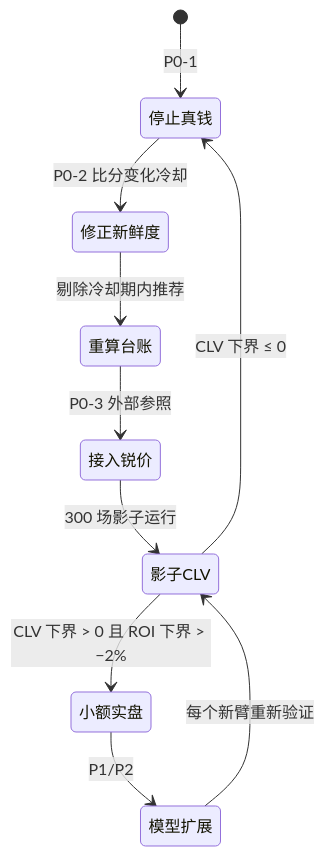
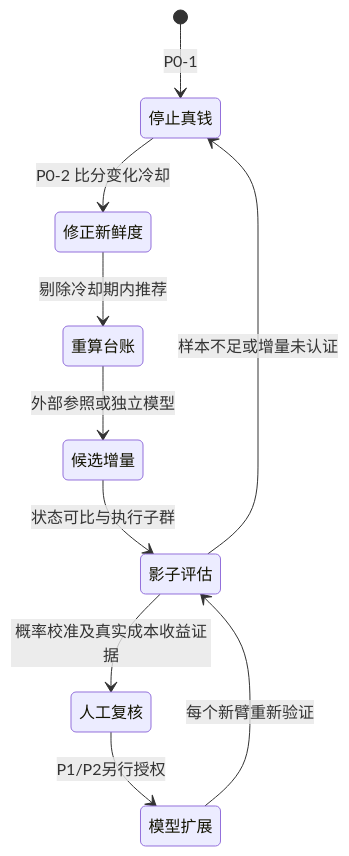
Before and after one commit to 1420970597/ai_football: the second of 2 diagrams in reports/independent-strategy-audit/REPORT.md, drawn with Mermaid. The commit also changed other lines of this file and 9 other files, not shown here.

````diff
--- a/reports/independent-strategy-audit/REPORT.md
+++ b/reports/independent-strategy-audit/REPORT.md
@@ -211,12 +213,12 @@
 ```mermaid
 stateDiagram-v2
     [*] --> 停止真钱: P0-1
     停止真钱 --> 修正新鲜度: P0-2 比分变化冷却
     修正新鲜度 --> 重算台账: 剔除冷却期内推荐
-    重算台账 --> 接入锐价: P0-3 外部参照
-    接入锐价 --> 影子CLV: 300 场影子运行
-    影子CLV --> 停止真钱: CLV 下界 ≤ 0
-    影子CLV --> 小额实盘: CLV 下界 > 0 且 ROI 下界 > −2%
-    小额实盘 --> 模型扩展: P1/P2
-    模型扩展 --> 影子CLV: 每个新臂重新验证
+    重算台账 --> 候选增量: 外部参照或独立模型
+    候选增量 --> 影子评估: 状态可比与执行子群
+    影子评估 --> 停止真钱: 样本不足或增量未认证
+    影子评估 --> 人工复核: 概率校准及真实成本收益证据
+    人工复核 --> 模型扩展: P1/P2另行授权
+    模型扩展 --> 影子评估: 每个新臂重新验证
 ```
````
